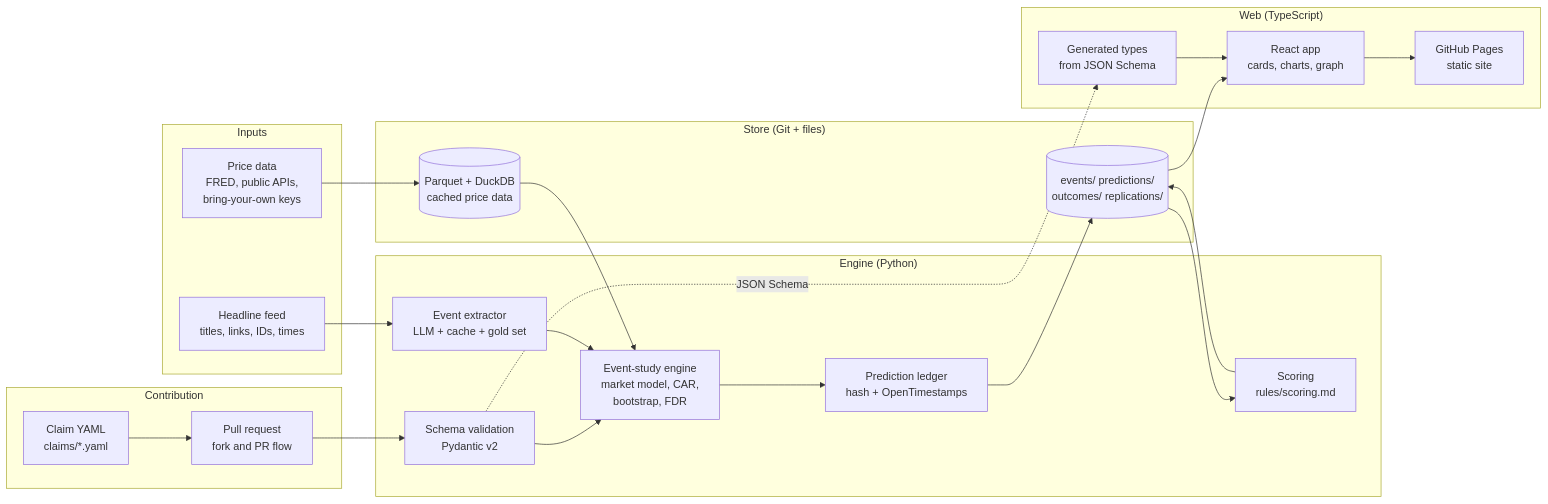
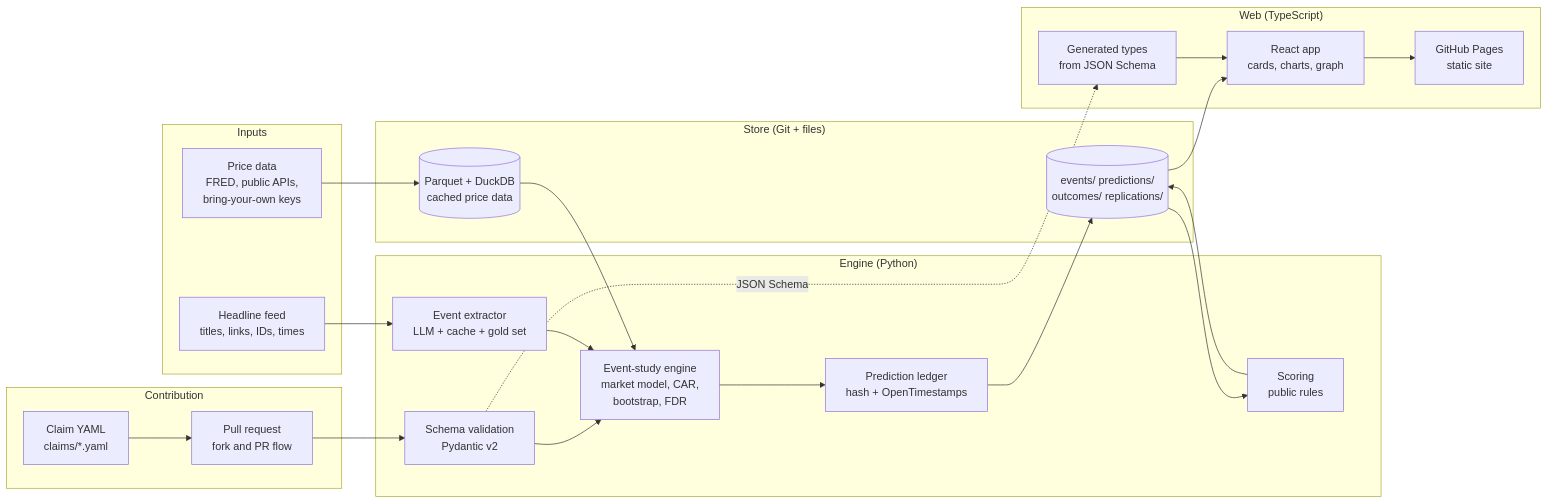
The second of 3 diagrams in README.md (McMuf/Spillover), drawn with Mermaid before and after one commit. The commit also changed other lines of this file and 7 other files, not shown here.

````diff
--- a/README.md
+++ b/README.md
@@ -336,43 +336,43 @@
 ```mermaid
 flowchart LR
     subgraph Contribute["Contribution"]
         C1["Claim YAML<br/>claims/*.yaml"]
         C2["Pull request<br/>fork and PR flow"]
     end
 
     subgraph Inputs["Inputs"]
         N1["Headline feed<br/>titles, links, IDs, times"]
         P1["Price data<br/>FRED, public APIs,<br/>bring-your-own keys"]
     end
 
     subgraph Engine["Engine (Python)"]
         E1["Schema validation<br/>Pydantic v2"]
         E2["Event extractor<br/>LLM + cache + gold set"]
         E3["Event-study engine<br/>market model, CAR,<br/>bootstrap, FDR"]
         E4["Prediction ledger<br/>hash + OpenTimestamps"]
-        E5["Scoring<br/>rules/scoring.md"]
+        E5["Scoring<br/>public rules"]
     end
 
     subgraph Store["Store (Git + files)"]
         S1[("events/ predictions/<br/>outcomes/ replications/")]
         S2[("Parquet + DuckDB<br/>cached price data")]
     end
 
     subgraph Web["Web (TypeScript)"]
         W1["Generated types<br/>from JSON Schema"]
         W2["React app<br/>cards, charts, graph"]
         W3["GitHub Pages<br/>static site"]
     end
 
     C1 --> C2 --> E1
     N1 --> E2
     P1 --> S2
     E1 --> E3
     E2 --> E3
     S2 --> E3
     E3 --> E4 --> S1
     S1 --> E5 --> S1
     E1 -. "JSON Schema" .-> W1
     S1 --> W2
     W1 --> W2 --> W3
 ```
````
